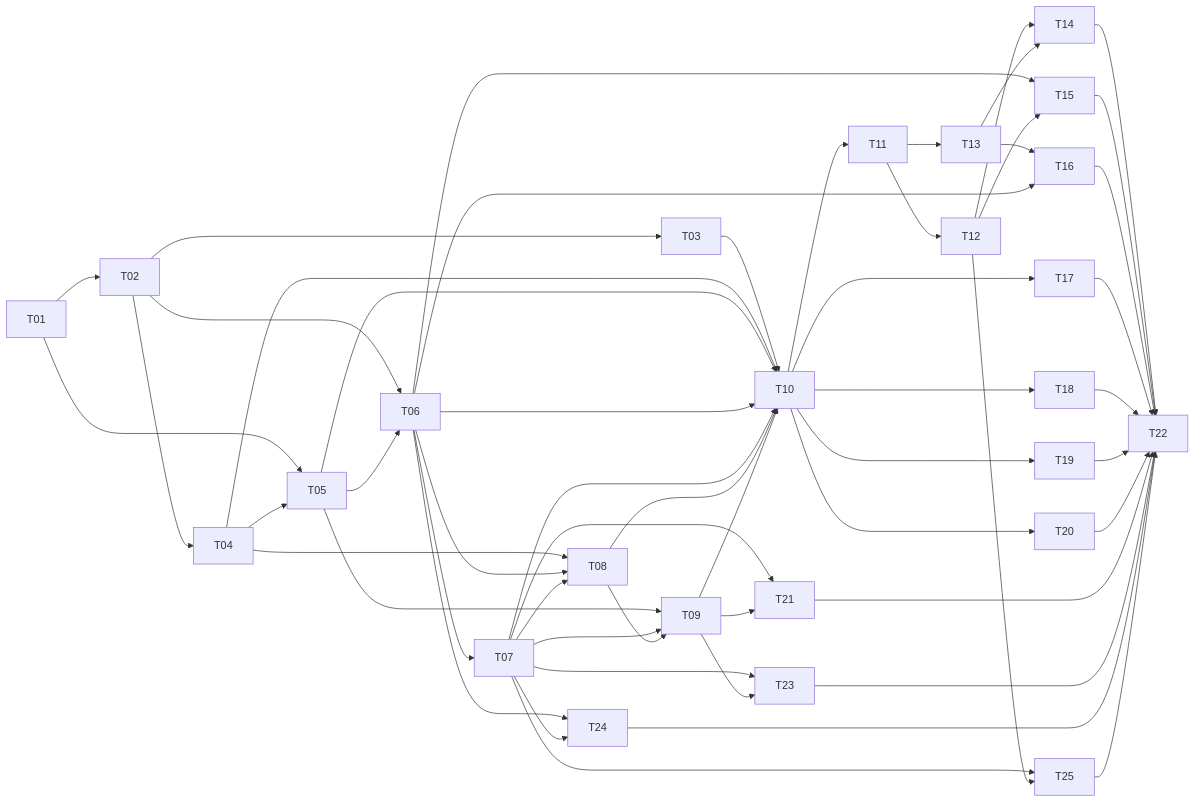
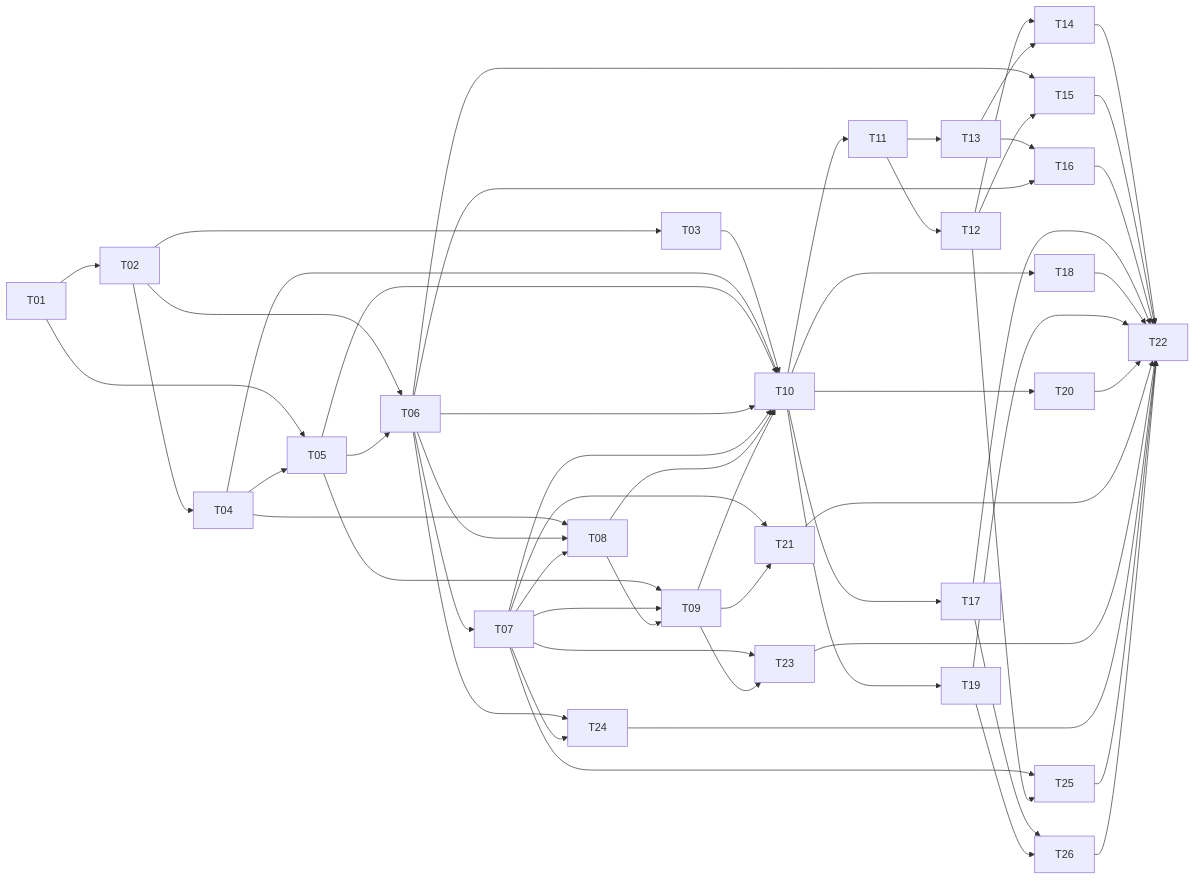
The diagram in PLANNING.md (santiarrto/dice-game), drawn with Mermaid before and after one commit. The commit also changed other lines of this file and 13 other files, not shown here.

````diff
--- a/PLANNING.md
+++ b/PLANNING.md
@@ -209,56 +212,59 @@
 ```mermaid
 flowchart LR
   T01 --> T02
   T01 --> T05
   T02 --> T03
   T02 --> T04
   T02 --> T06
   T04 --> T05
   T05 --> T06
   T06 --> T07
   T04 --> T08
   T06 --> T08
   T07 --> T08
   T05 --> T09
   T07 --> T09
   T08 --> T09
   T03 --> T10
   T04 --> T10
   T05 --> T10
   T06 --> T10
   T07 --> T10
   T08 --> T10
   T09 --> T10
   T10 --> T11
   T11 --> T12
   T11 --> T13
   T12 --> T14
   T13 --> T14
   T06 --> T15
   T12 --> T15
   T13 --> T16
   T06 --> T16
   T10 --> T17
   T10 --> T18
   T10 --> T19
   T10 --> T20
   T07 --> T21
   T09 --> T21
   T07 --> T23
   T09 --> T23
   T06 --> T24
   T07 --> T24
   T07 --> T25
   T12 --> T25
+  T17 --> T26
+  T19 --> T26
   T14 --> T22
   T15 --> T22
   T16 --> T22
   T17 --> T22
   T18 --> T22
   T19 --> T22
   T20 --> T22
   T21 --> T22
   T23 --> T22
   T24 --> T22
   T25 --> T22
+  T26 --> T22
 ```
````
